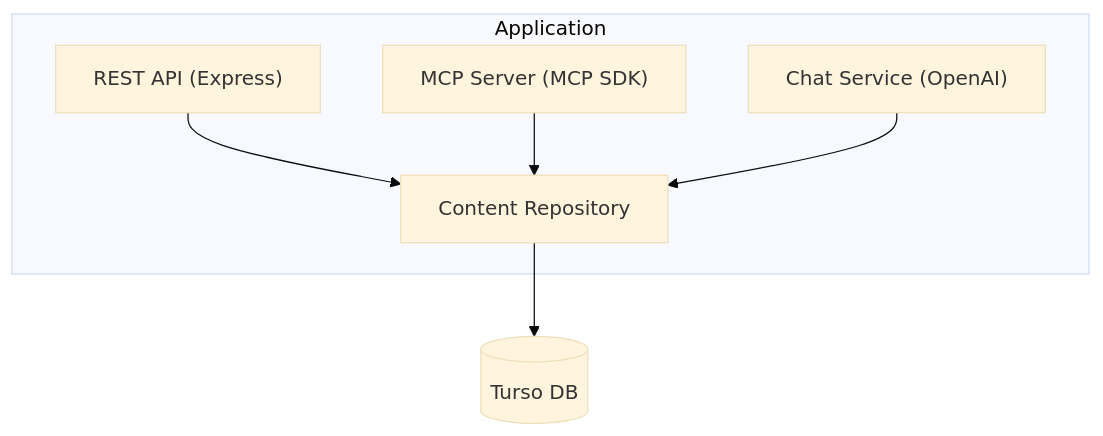
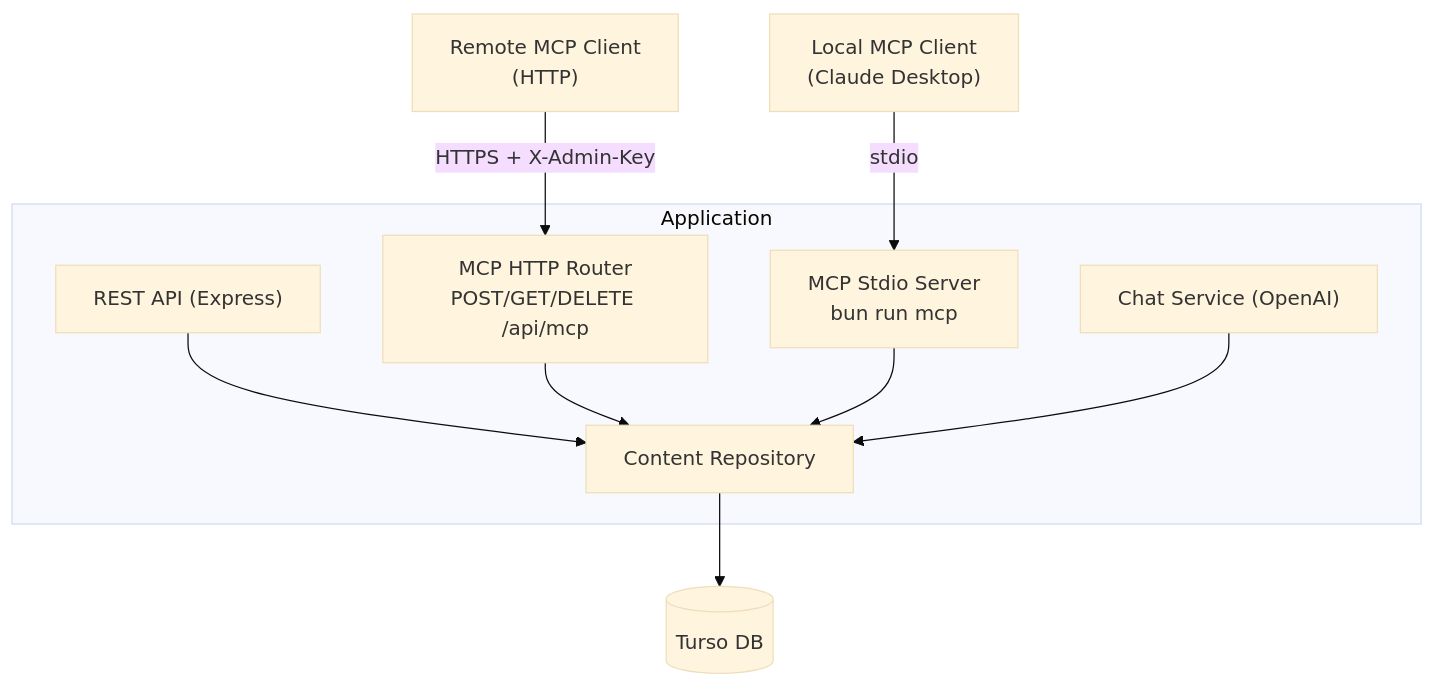
Before and after one commit to spencerjireh/portfolio-cms-express-backend-with-mcp-server: the fourth of 4 diagrams in docs-site/integrations/mcp-server.md, drawn with Mermaid (base theme). The commit also changed other lines of this file and 9 other files, not shown here.

First line of the commit message:
docs: update documentation for MCP HTTP transport and corrections

````diff
--- a/docs-site/integrations/mcp-server.md
+++ b/docs-site/integrations/mcp-server.md
@@ -354,16 +412,24 @@
 ```mermaid
 flowchart TB
+    StdioClient["Local MCP Client\n(Claude Desktop)"]
+    HTTPClient["Remote MCP Client\n(HTTP)"]
+
     subgraph App["Application"]
         REST["REST API (Express)"]
-        MCP["MCP Server (MCP SDK)"]
+        MCPHTTP["MCP HTTP Router\nPOST/GET/DELETE /api/mcp"]
+        MCPStdio["MCP Stdio Server\nbun run mcp"]
         Chat["Chat Service (OpenAI)"]
 
         REST --> Repo
-        MCP --> Repo
+        MCPHTTP --> Repo
+        MCPStdio --> Repo
         Chat --> Repo
 
         Repo["Content Repository"]
     end
 
+    StdioClient -->|stdio| MCPStdio
+    HTTPClient -->|HTTPS + X-Admin-Key| MCPHTTP
+
     Repo --> DB[(Turso DB)]
 ```
````
